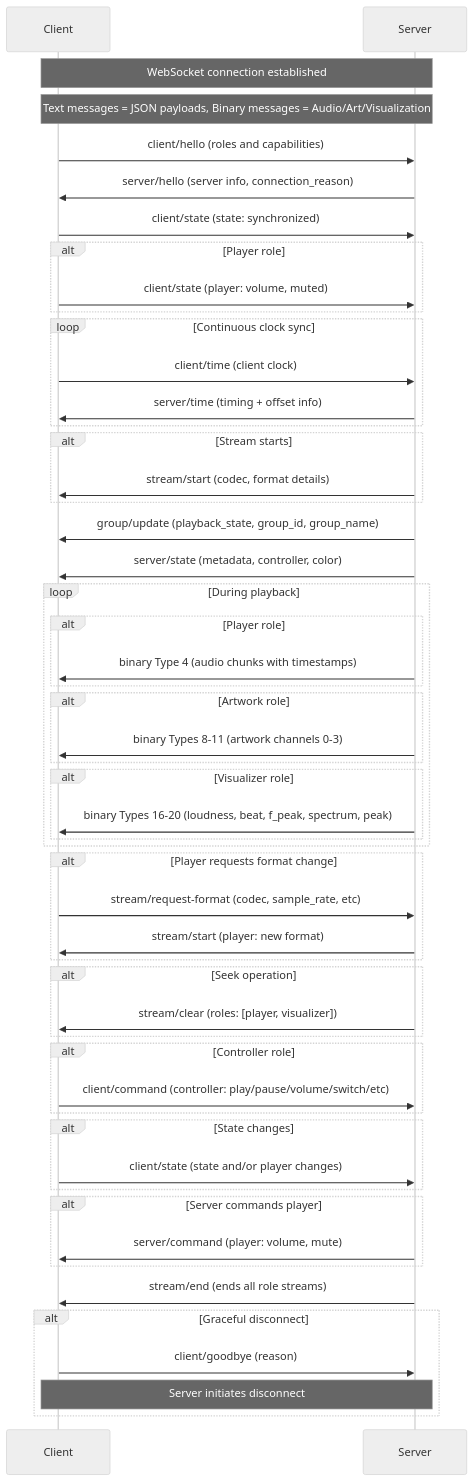
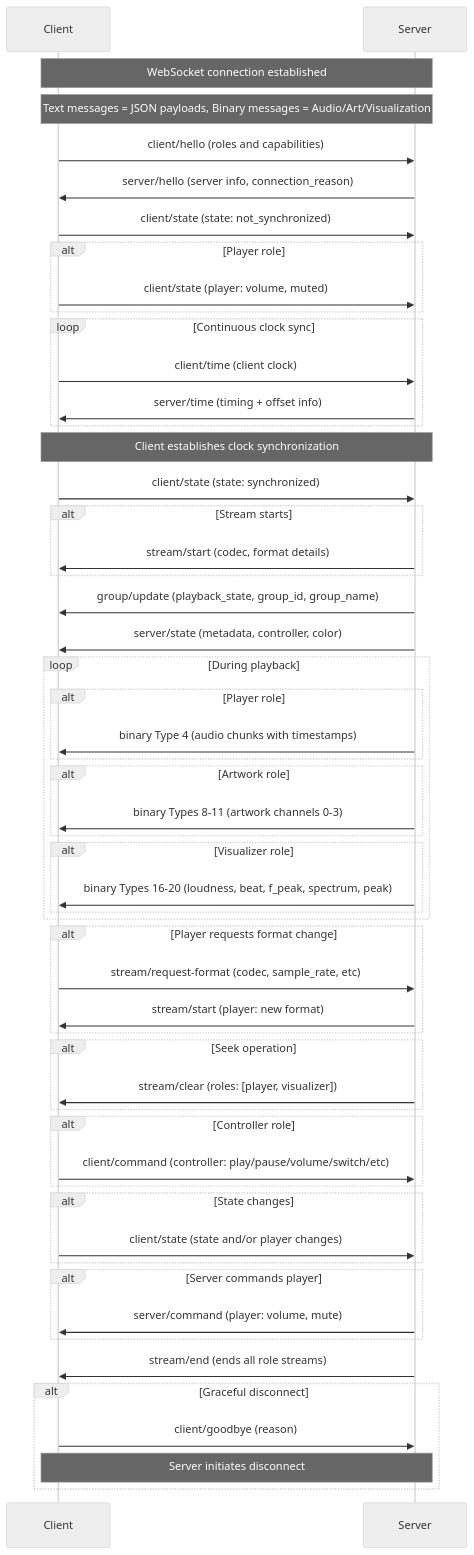
One commit to Resonate-Protocol/spec changed the diagram in README.md. Above: the diagram before and after it, drawn with Mermaid (neutral theme). The commit also changed other lines of this file, not shown here.

First line of the commit message:
Replace `error` state with `not_synchronized`

````diff
--- a/README.md
+++ b/README.md
@@ -183,69 +184,72 @@
 ```mermaid
 sequenceDiagram
     participant Client
     participant Server
 
     Note over Client,Server: WebSocket connection established
 
     Note over Client,Server: Text messages = JSON payloads, Binary messages = Audio/Art/Visualization
 
     Client->>Server: client/hello (roles and capabilities)
     Server->>Client: server/hello (server info, connection_reason)
 
-    Client->>Server: client/state (state: synchronized)
+    Client->>Server: client/state (state: not_synchronized)
     alt Player role
         Client->>Server: client/state (player: volume, muted)
     end
 
     loop Continuous clock sync
         Client->>Server: client/time (client clock)
         Server->>Client: server/time (timing + offset info)
     end
+
+    Note over Client,Server: Client establishes clock synchronization
+    Client->>Server: client/state (state: synchronized)
 
     alt Stream starts
         Server->>Client: stream/start (codec, format details)
     end
 
     Server->>Client: group/update (playback_state, group_id, group_name)
     Server->>Client: server/state (metadata, controller, color)
 
     loop During playback
         alt Player role
             Server->>Client: binary Type 4 (audio chunks with timestamps)
         end
         alt Artwork role
             Server->>Client: binary Types 8-11 (artwork channels 0-3)
         end
         alt Visualizer role
             Server->>Client: binary Types 16-20 (loudness, beat, f_peak, spectrum, peak)
         end
     end
 
     alt Player requests format change
         Client->>Server: stream/request-format (codec, sample_rate, etc)
         Server->>Client: stream/start (player: new format)
     end
 
     alt Seek operation
         Server->>Client: stream/clear (roles: [player, visualizer])
     end
 
     alt Controller role
         Client->>Server: client/command (controller: play/pause/volume/switch/etc)
     end
 
     alt State changes
         Client->>Server: client/state (state and/or player changes)
     end
 
     alt Server commands player
         Server->>Client: server/command (player: volume, mute)
     end
 
     Server->>Client: stream/end (ends all role streams)
 
     alt Graceful disconnect
         Client->>Server: client/goodbye (reason)
         Note over Client,Server: Server initiates disconnect
     end
 ```
````
